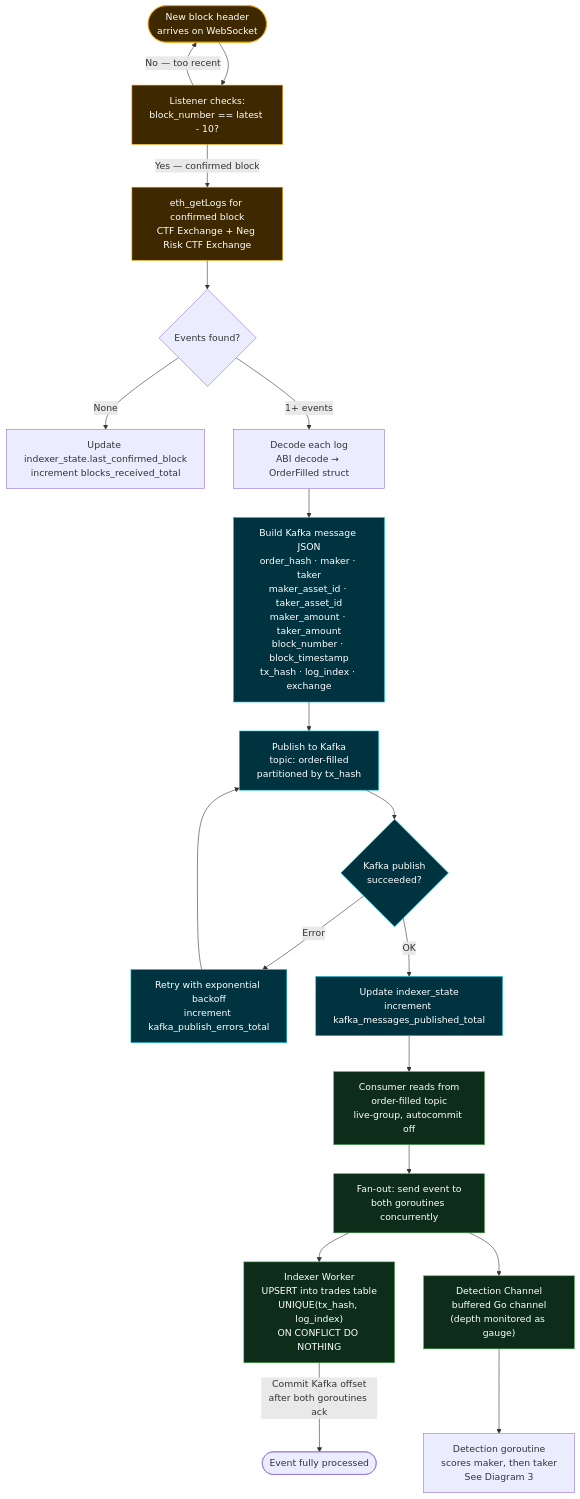
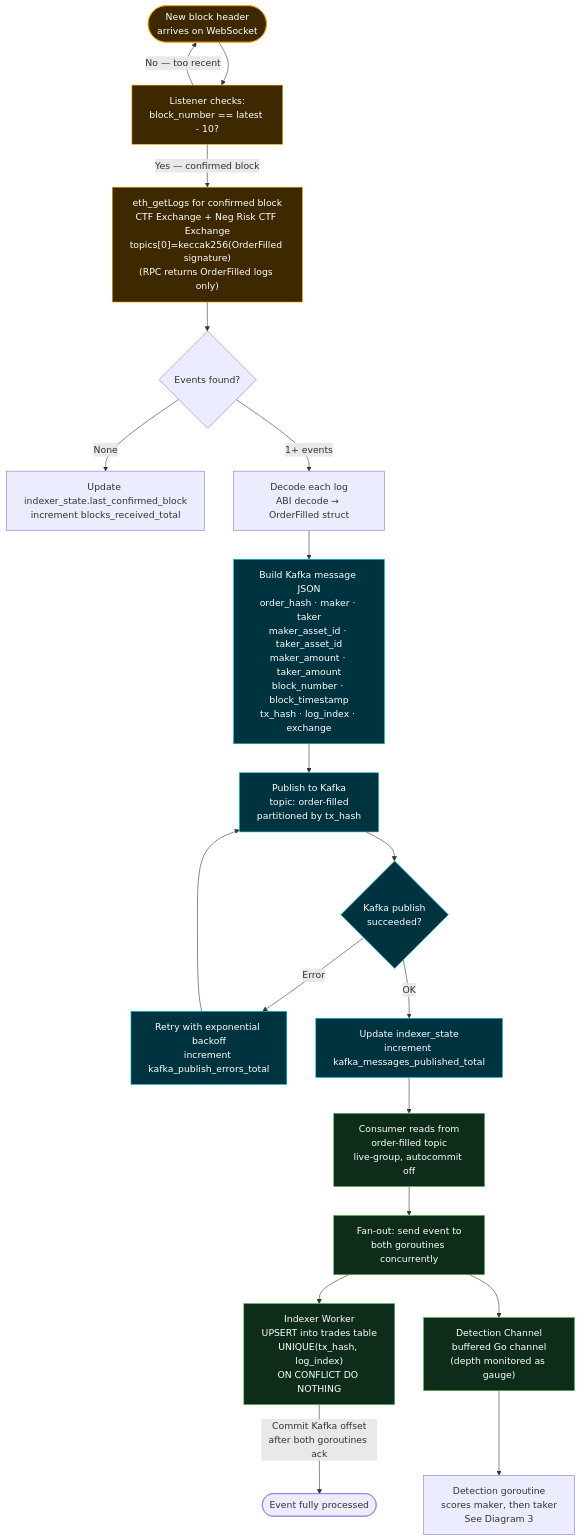
Before and after one commit to rahul7668gupta/polymarket-insider-trading-indexing-and-detection: the second of 8 diagrams in polymarket_insider_trading_detection_diagram.md, drawn with Mermaid. The commit also changed other lines of this file and 1 other file, not shown here.

Commit message:
updated plan and diag to fetch only order filled event logs instead

````diff
--- a/polymarket_insider_trading_detection_diagram.md
+++ b/polymarket_insider_trading_detection_diagram.md
@@ -123,37 +123,37 @@
 ```mermaid
 flowchart TD
     A(["New block header<br/>arrives on WebSocket"]) --> B["Listener checks:<br/>block_number == latest - 10?"]
     B -->|"No — too recent"| A
-    B -->|"Yes — confirmed block"| C["eth_getLogs for confirmed block<br/>CTF Exchange + Neg Risk CTF Exchange"]
+    B -->|"Yes — confirmed block"| C["eth_getLogs for confirmed block<br/>CTF Exchange + Neg Risk CTF Exchange<br/>topics[0]=keccak256(OrderFilled signature)<br/>(RPC returns OrderFilled logs only)"]
 
     C --> D{"Events found?"}
     D -->|"None"| E["Update indexer_state.last_confirmed_block<br/>increment blocks_received_total"]
     D -->|"1+ events"| F["Decode each log<br/>ABI decode → OrderFilled struct"]
 
     F --> G["Build Kafka message JSON<br/>order_hash · maker · taker<br/>maker_asset_id · taker_asset_id<br/>maker_amount · taker_amount<br/>block_number · block_timestamp<br/>tx_hash · log_index · exchange"]
 
     G --> H["Publish to Kafka<br/>topic: order-filled<br/>partitioned by tx_hash"]
 
     H --> I{"Kafka publish<br/>succeeded?"}
     I -->|"Error"| J["Retry with exponential backoff<br/>increment kafka_publish_errors_total"]
     J --> H
     I -->|"OK"| K["Update indexer_state<br/>increment kafka_messages_published_total"]
 
     K --> L["Consumer reads from<br/>order-filled topic<br/>live-group, autocommit off"]
     L --> M["Fan-out: send event to<br/>both goroutines concurrently"]
 
     M --> N["Indexer Worker<br/>UPSERT into trades table<br/>UNIQUE(tx_hash, log_index)<br/>ON CONFLICT DO NOTHING"]
     M --> O["Detection Channel<br/>buffered Go channel<br/>(depth monitored as gauge)"]
 
     N -->|"Commit Kafka offset<br/>after both goroutines ack"| P(["Event fully processed"])
     O --> Q["Detection goroutine<br/>scores maker, then taker<br/>See Diagram 3"]
 
     classDef polygon fill:#3d2800,stroke:#f0a500,color:#fff
     classDef kafka fill:#003340,stroke:#00bcd4,color:#fff
     classDef consumer fill:#0d2d1a,stroke:#4caf50,color:#fff
     classDef decision fill:#1e0a3d,stroke:#9c27b0,color:#fff
 
     class A,B,C polygon
     class G,H,I,J,K kafka
     class L,M,N,O consumer
 ```
````
